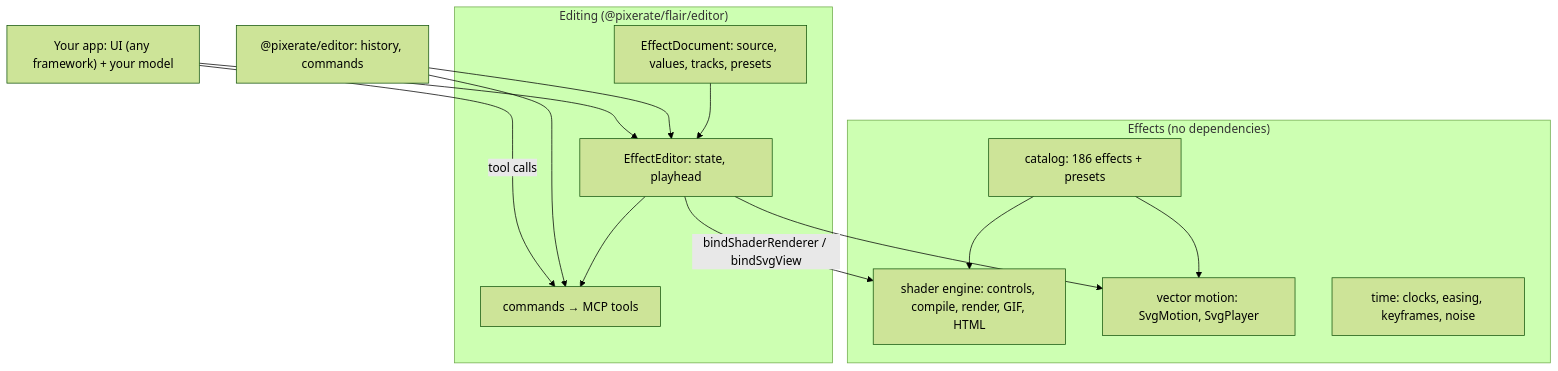
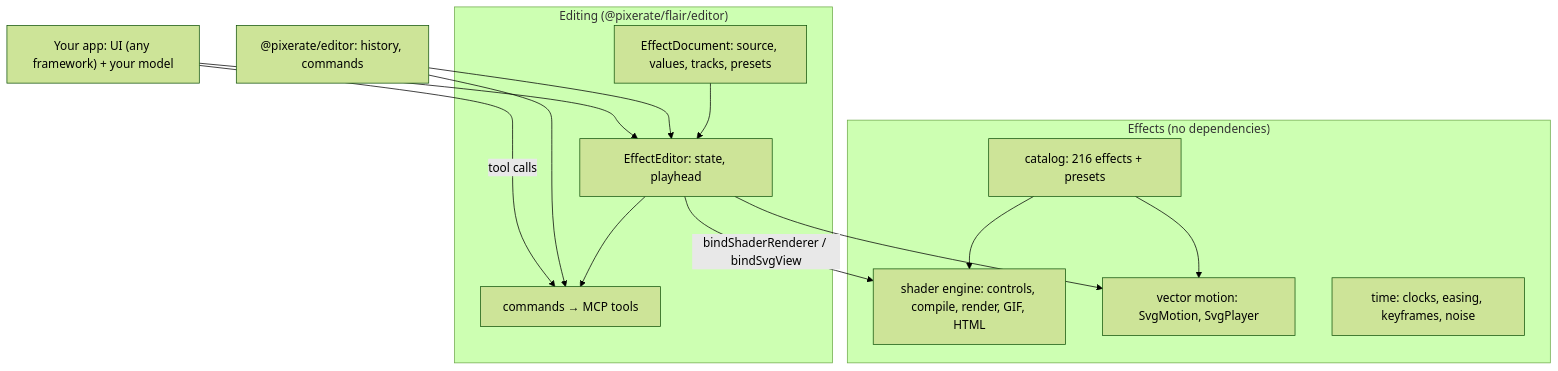
The diagram in README.md (Pixerate/flair), drawn with Mermaid (forest theme) before and after one commit. The commit also changed other lines of this file and 17 other files, not shown here.

First line of the commit message:
feat(catalog): splatter, bubble, organic and sticker effects; SVG ids unique per picture (#24)

````diff
--- a/README.md
+++ b/README.md
@@ -58,27 +58,27 @@
 ```mermaid
 graph TD
   subgraph Effects["Effects (no dependencies)"]
-    Catalog["catalog: 186 effects + presets"]
+    Catalog["catalog: 216 effects + presets"]
     Shader["shader engine: controls, compile, render, GIF, HTML"]
     Vector["vector motion: SvgMotion, SvgPlayer"]
     Time["time: clocks, easing, keyframes, noise"]
   end
   subgraph Editing["Editing (@pixerate/flair/editor)"]
     Doc["EffectDocument: source, values, tracks, presets"]
     Editor["EffectEditor: state, playhead"]
     Cmds["commands → MCP tools"]
   end
   PE["@pixerate/editor: history, commands"]
   Host["Your app: UI (any framework) + your model"]
 
   Catalog --> Shader
   Catalog --> Vector
   Doc --> Editor
   Editor --> Cmds
   PE --> Editor
   PE --> Cmds
   Editor -- bindShaderRenderer / bindSvgView --> Shader
   Editor --> Vector
   Host --> Editor
   Host -- tool calls --> Cmds
 ```
````
